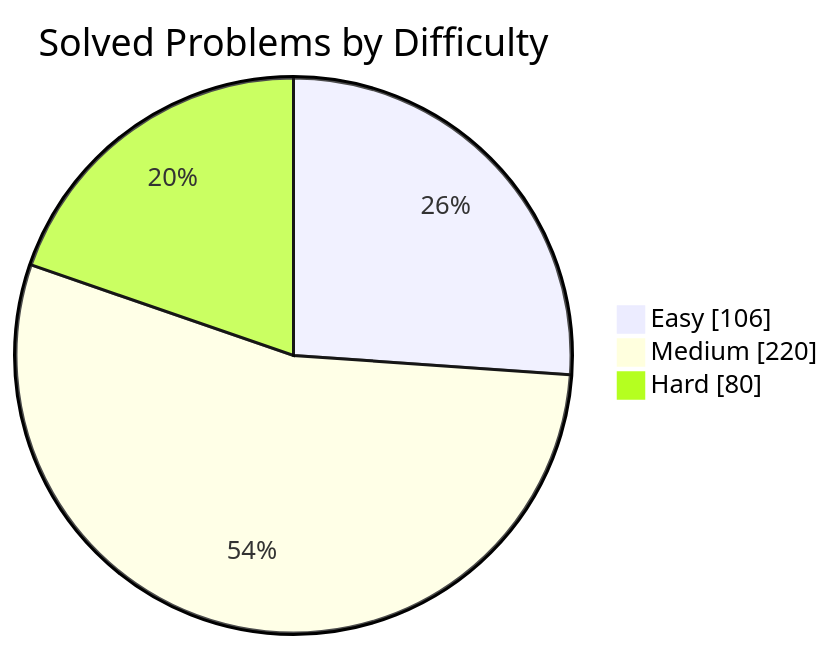
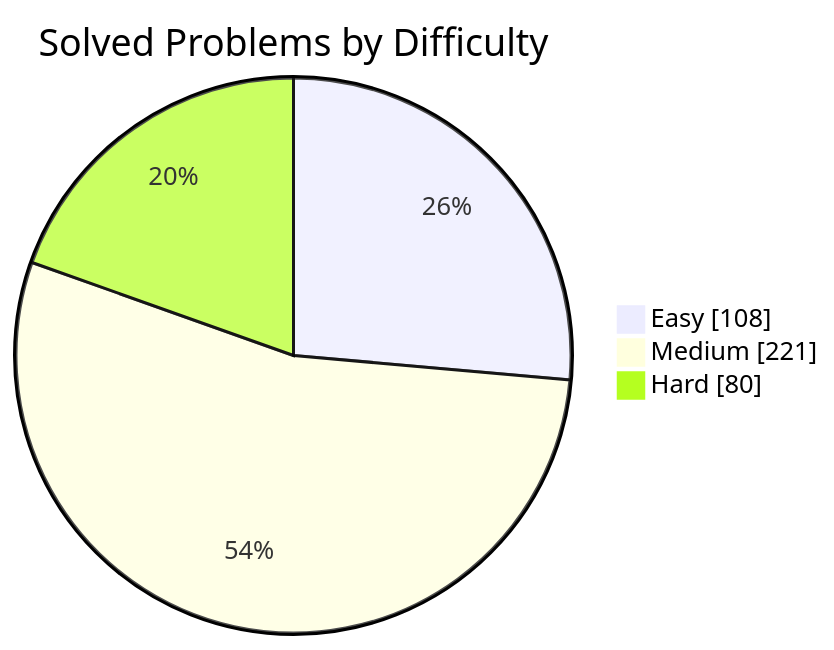
One commit to manikantbindass/DSA-Preparation-FAANG changed the first of 2 diagrams in README.md. Above: the diagram before and after it, drawn with Mermaid. The commit also changed other lines of this file and 1 other file, not shown here.

````diff
--- a/README.md
+++ b/README.md
@@ -77,7 +77,7 @@
 ```mermaid
 pie showData
     title Solved Problems by Difficulty
-    "Easy" : 106
-    "Medium" : 220
+    "Easy" : 108
+    "Medium" : 221
     "Hard" : 80
 ```
````
